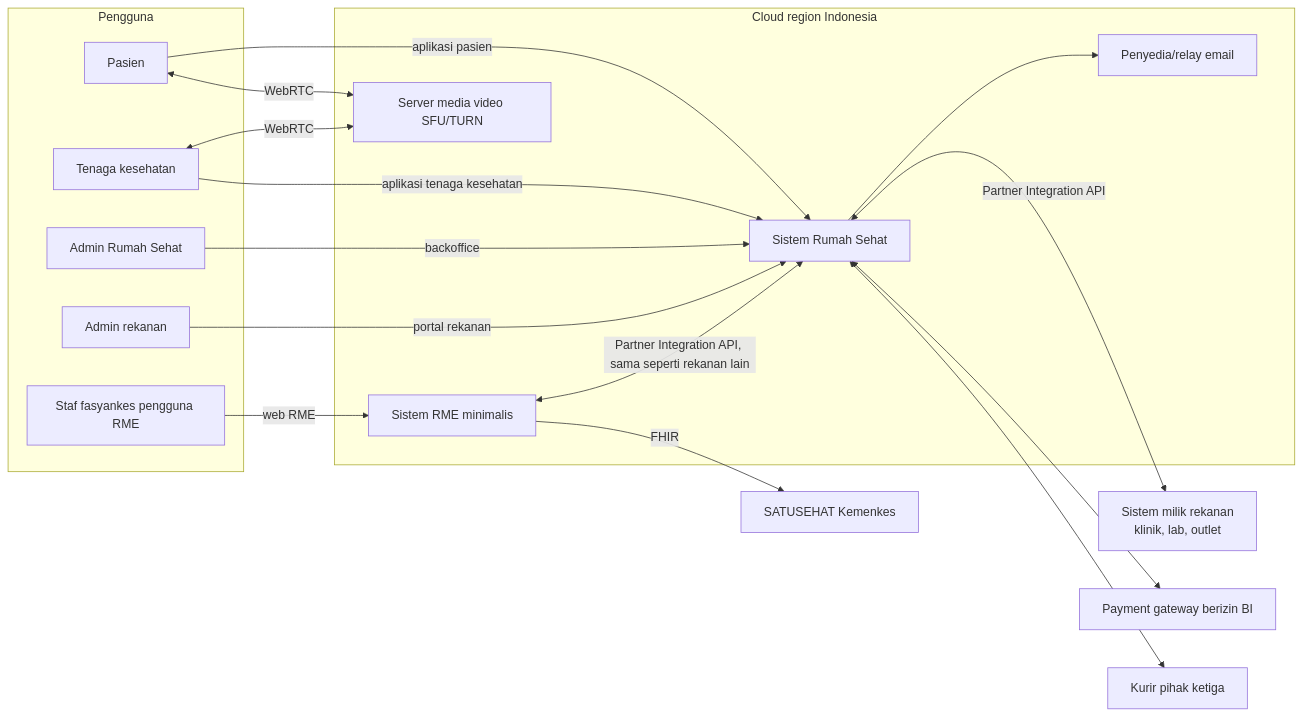
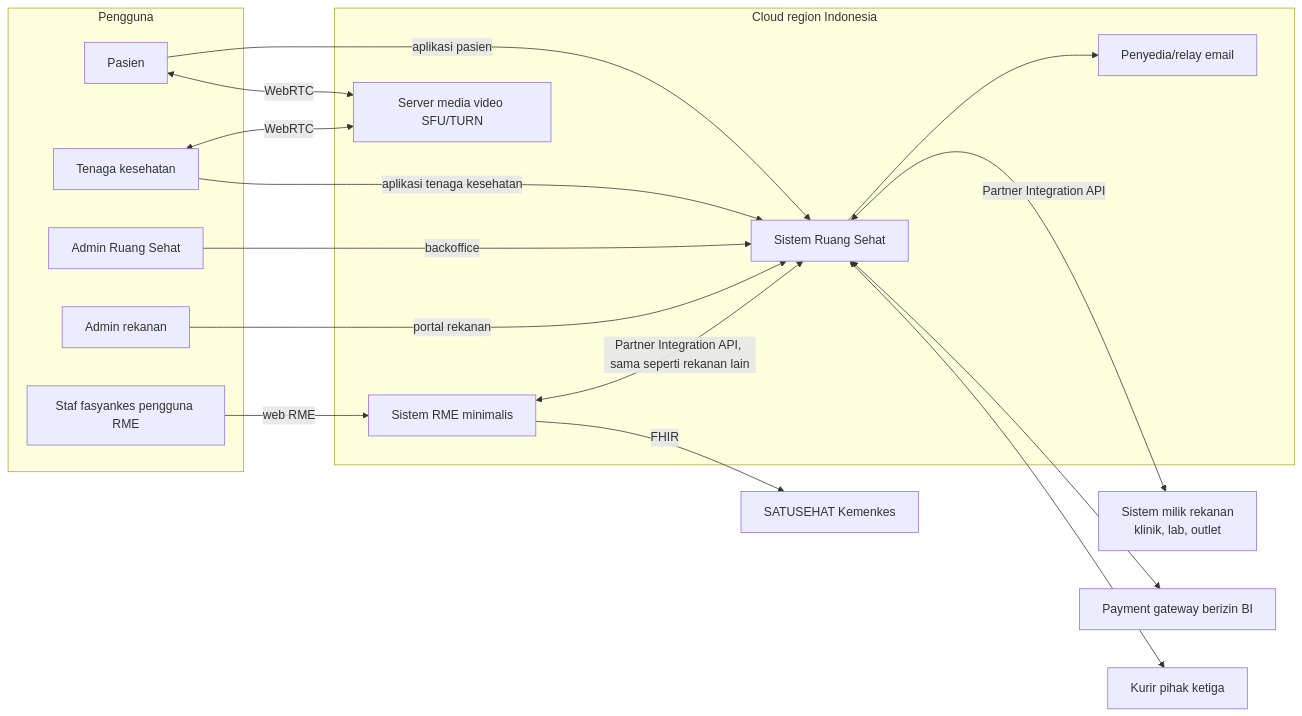
One commit to yuliandryfm/Rumah-Sehat changed the first of 7 diagrams in docs/04-arsitektur.md. Above: the diagram before and after it, drawn with Mermaid. The commit also changed other lines of this file and 57 other files, not shown here.

First line of the commit message:
CR-016: nama aplikasi menjadi "Ruang Sehat"

````diff
--- a/docs/04-arsitektur.md
+++ b/docs/04-arsitektur.md
@@ -51,34 +51,34 @@
 ```mermaid
 flowchart LR
   subgraph Pengguna
     P[Pasien]
     N[Tenaga kesehatan]
-    ARS[Admin Rumah Sehat]
+    ARS[Admin Ruang Sehat]
     AR[Admin rekanan]
     UR[Staf fasyankes pengguna RME]
   end
   subgraph ID[Cloud region Indonesia]
-    RS[Sistem Rumah Sehat]
+    RS[Sistem Ruang Sehat]
     RME[Sistem RME minimalis]
     VID[Server media video SFU/TURN]
     EM[Penyedia/relay email]
   end
   SR[Sistem milik rekanan<br/>klinik, lab, outlet]
   PG[Payment gateway berizin BI]
   KUR[Kurir pihak ketiga]
   SS[SATUSEHAT Kemenkes]
 
   P -->|aplikasi pasien| RS
   N -->|aplikasi tenaga kesehatan| RS
   ARS -->|backoffice| RS
   AR -->|portal rekanan| RS
   UR -->|web RME| RME
   RS <-->|Partner Integration API| SR
   RME <-->|Partner Integration API, sama seperti rekanan lain| RS
   RS <--> PG
   RS <--> KUR
   RS --> EM
   P <-->|WebRTC| VID
   N <-->|WebRTC| VID
   RME -->|FHIR| SS
 ```
````
